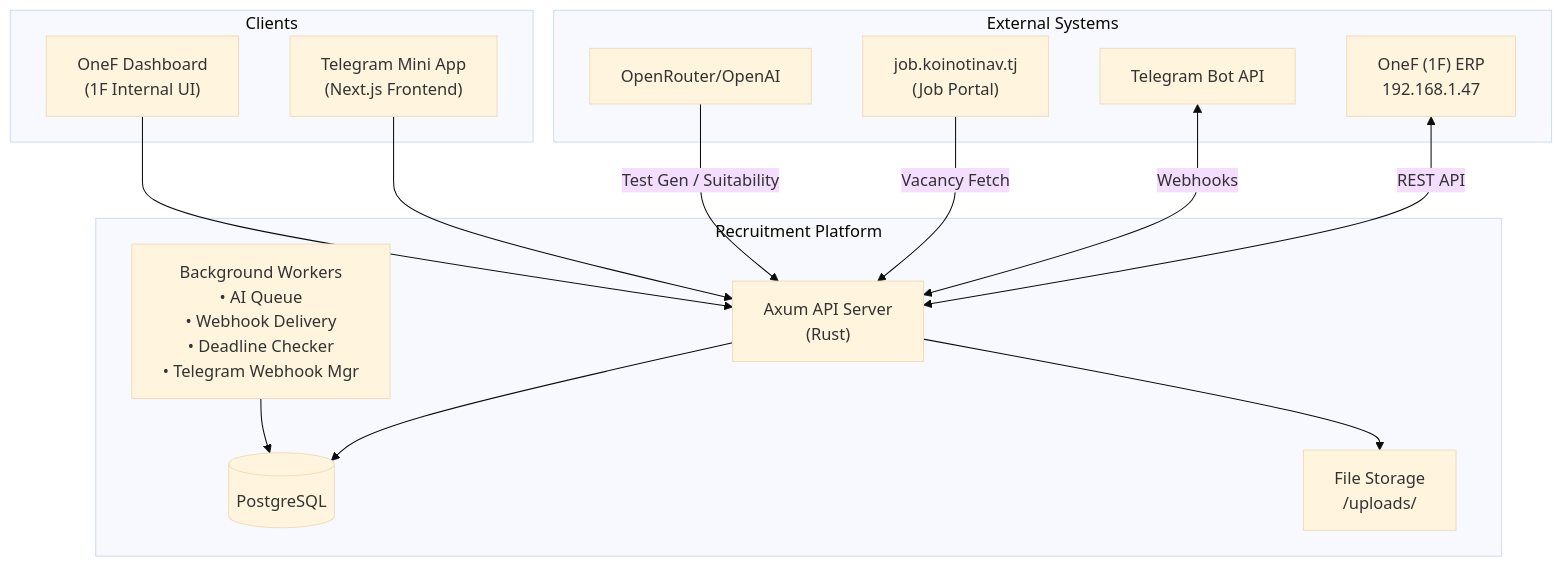
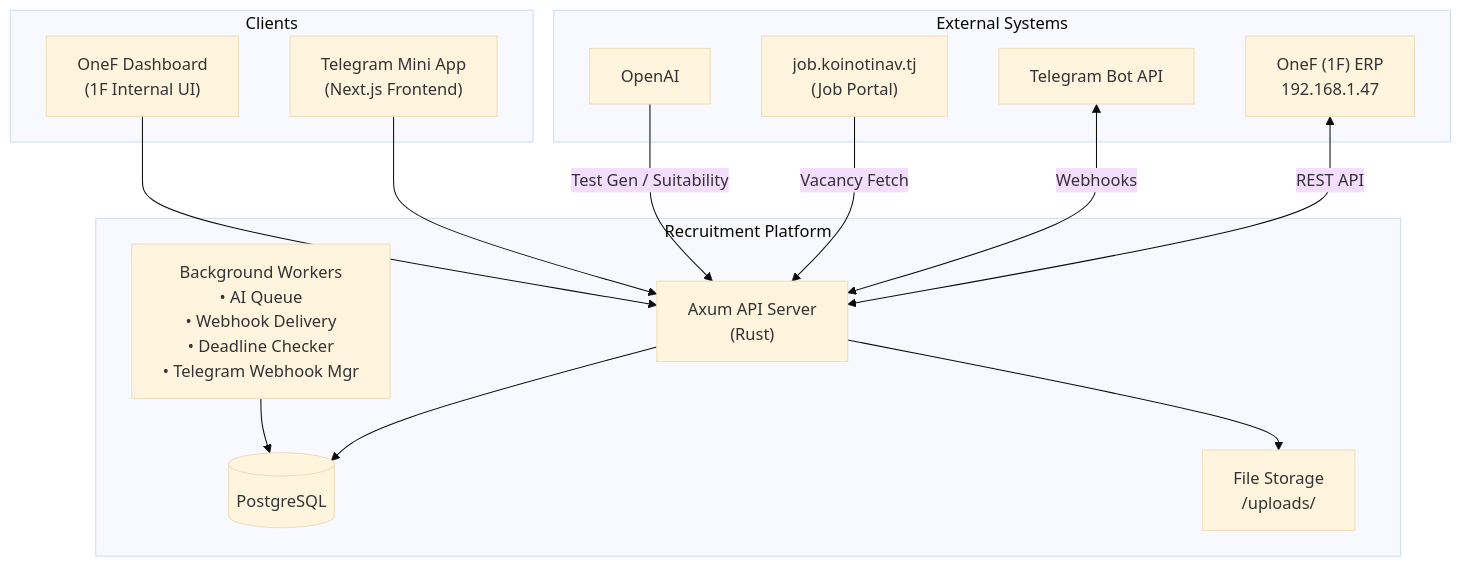
The first of 6 diagrams in architecture.md (BillSharifzade/Rust-Screenx-HR-Automatization), drawn with Mermaid (base theme) before and after one commit. The commit also changed other lines of this file and 11 other files, not shown here.

````diff
--- a/architecture.md
+++ b/architecture.md
@@ -15,31 +15,31 @@
 ```mermaid
 graph TB
     subgraph "External Systems"
         OneF["OneF (1F) ERP<br/>192.168.1.47"]
         TG["Telegram Bot API"]
         KN["job.koinotinav.tj<br/>(Job Portal)"]
-        AI["OpenRouter/OpenAI"]
+        AI["OpenAI"]
     end
 
     subgraph "Recruitment Platform"
         API["Axum API Server<br/>(Rust)"]
         DB[(PostgreSQL)]
         FS["File Storage<br/>/uploads/"]
         Workers["Background Workers<br/>• AI Queue<br/>• Webhook Delivery<br/>• Deadline Checker<br/>• Telegram Webhook Mgr"]
     end
 
     subgraph "Clients"
         TMA["Telegram Mini App<br/>(Next.js Frontend)"]
         ONEF_UI["OneF Dashboard<br/>(1F Internal UI)"]
     end
 
     OneF <-->|REST API| API
     TG <-->|Webhooks| API
     KN -->|Vacancy Fetch| API
     AI -->|Test Gen / Suitability| API
     API --> DB
     API --> FS
     Workers --> DB
     TMA --> API
     ONEF_UI --> API
 ```
````
